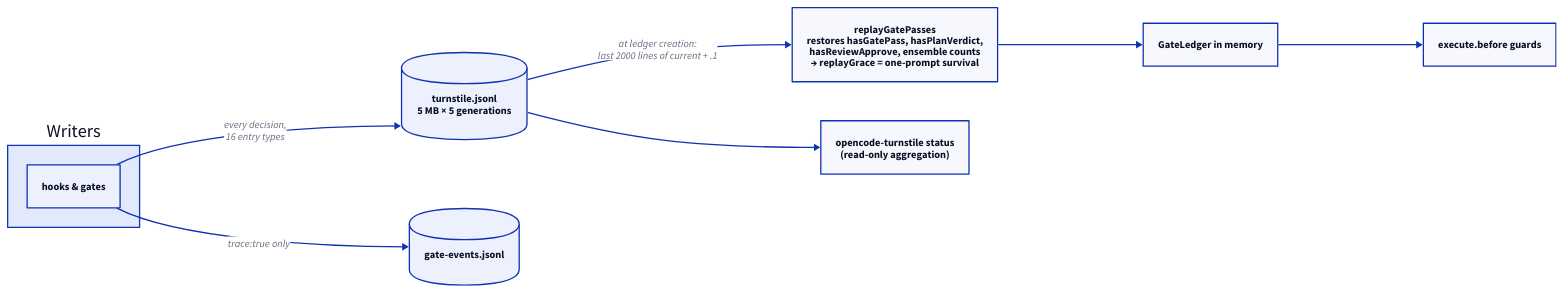
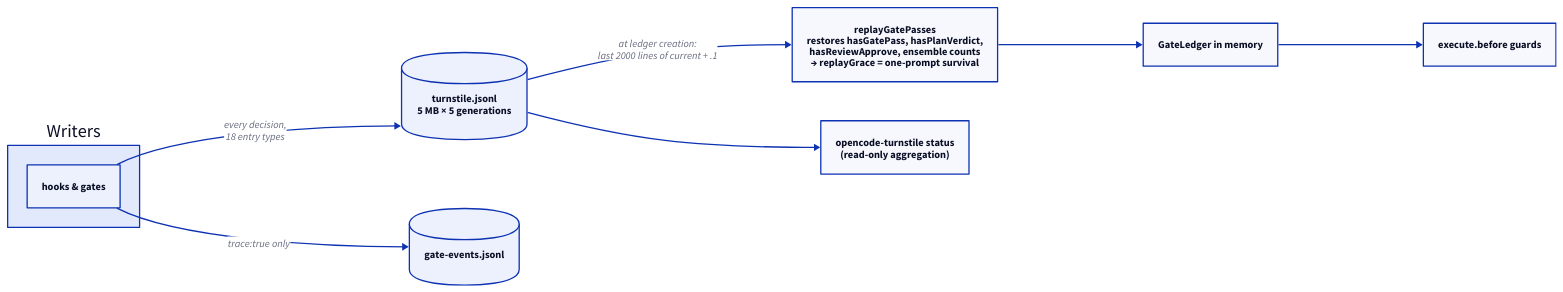
Before and after one commit to edseabolt/turnstile: the diagram in docs/diagrams/d05-persistence.d2, drawn with D2. The commit also changed 14 other files, not shown here.

```diff
--- a/docs/diagrams/d05-persistence.d2
+++ b/docs/diagrams/d05-persistence.d2
@@ -1,24 +1,24 @@
 direction: right
 
 writers: "Writers" {
   hooks: "hooks & gates"
 }
 
 jsonl: "turnstile.jsonl\n5 MB × 5 generations" {
   shape: cylinder
 }
 trace: "gate-events.jsonl" {
   shape: cylinder
 }
 
 replay: "replayGatePasses\nrestores hasGatePass, hasPlanVerdict,\nhasReviewApprove, ensemble counts\n→ replayGrace = one-prompt survival"
 ledger: "GateLedger in memory"
 enforce: "execute.before guards"
 cli: "opencode-turnstile status\n(read-only aggregation)"
 
-writers.hooks -> jsonl: "every decision,\n16 entry types"
+writers.hooks -> jsonl: "every decision,\n18 entry types"
 writers.hooks -> trace: "trace:true only"
 jsonl -> replay: "at ledger creation:\nlast 2000 lines of current + .1"
 replay -> ledger
 ledger -> enforce
 jsonl -> cli
```
